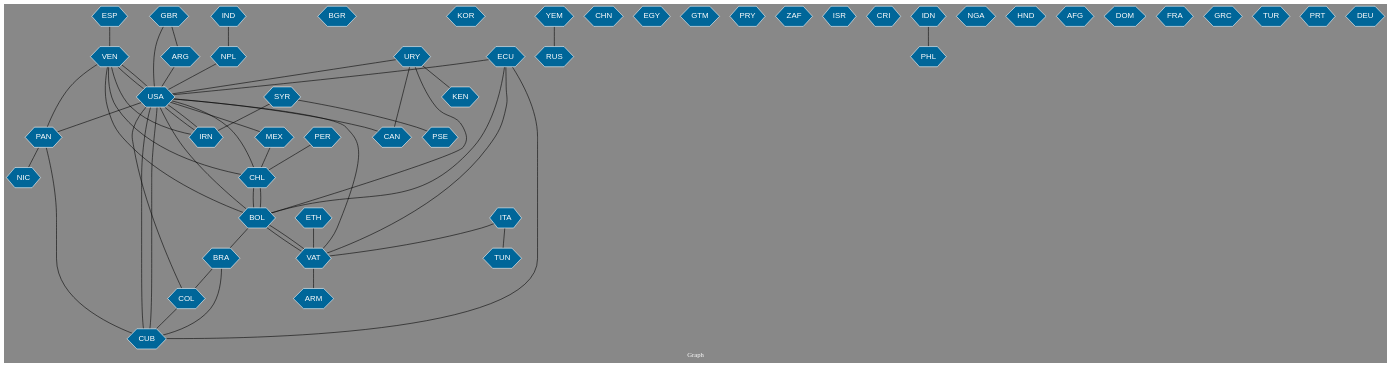
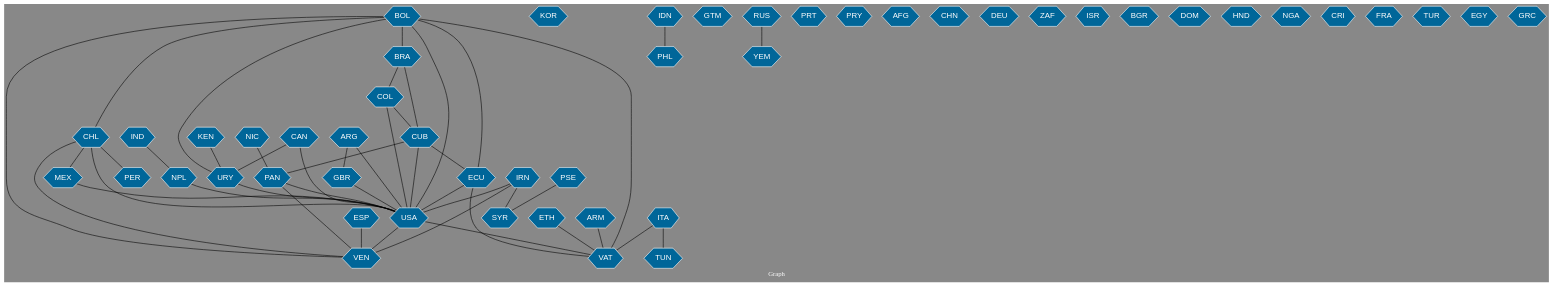
One commit to michal3141/geomedia changed the diagram in images/es_BOL_patria_int/countries_together_in_item_2015-04-01 00-00-00_2015-05-01 00-00-00.gv. Above: the diagram before and after it, drawn with Graphviz. The commit also changed 1286 other files, not shown here.

Commit message:
Fixing the way graphs are created

```diff
--- a/images/es_BOL_patria_int/countries_together_in_item_2015-04-01 00-00-00_2015-05-01 00-00-00.gv
+++ b/images/es_BOL_patria_int/countries_together_in_item_2015-04-01 00-00-00_2015-05-01 00-00-00.gv
@@ -1,107 +1,102 @@
 // Countries together in item graph
 graph {
 	graph [bgcolor="#888888" fontcolor=white fontsize=12 label="Graph" outputorder=edgesfirst overlap=prism]
 	node [color=white fillcolor="#006699" fontcolor=white fontname=Helvetica shape=hexagon style=filled]
 	edge [arrowhead=open color=black fontcolor=white fontname=Courier fontsize=12]
+		CUB [label=CUB]
+		USA [label=USA]
+		VEN [label=VEN]
+		NPL [label=NPL]
+		MEX [label=MEX]
+		PSE [label=PSE]
+		PER [label=PER]
+		BOL [label=BOL]
+		KOR [label=KOR]
+		BRA [label=BRA]
+		URY [label=URY]
+		COL [label=COL]
+		KEN [label=KEN]
+		CHL [label=CHL]
+		IDN [label=IDN]
+		PHL [label=PHL]
+		GTM [label=GTM]
+		ARG [label=ARG]
+		SYR [label=SYR]
+		IRN [label=IRN]
 		ESP [label=ESP]
-		BOL [label=BOL]
+		YEM [label=YEM]
+		PAN [label=PAN]
 		VAT [label=VAT]
-		MEX [label=MEX]
-		CHL [label=CHL]
-		SYR [label=SYR]
-		PSE [label=PSE]
-		BRA [label=BRA]
-		NPL [label=NPL]
+		PRT [label=PRT]
+		PRY [label=PRY]
+		AFG [label=AFG]
+		ITA [label=ITA]
+		CHN [label=CHN]
+		NIC [label=NIC]
+		ECU [label=ECU]
+		RUS [label=RUS]
+		DEU [label=DEU]
+		ZAF [label=ZAF]
+		ETH [label=ETH]
+		TUN [label=TUN]
+		ARM [label=ARM]
+		ISR [label=ISR]
+		GBR [label=GBR]
 		BGR [label=BGR]
-		COL [label=COL]
-		ITA [label=ITA]
-		KOR [label=KOR]
-		ECU [label=ECU]
-		USA [label=USA]
-		CUB [label=CUB]
-		PER [label=PER]
-		YEM [label=YEM]
-		RUS [label=RUS]
-		PAN [label=PAN]
-		IRN [label=IRN]
-		CHN [label=CHN]
-		EGY [label=EGY]
-		GTM [label=GTM]
-		VEN [label=VEN]
-		PRY [label=PRY]
-		ZAF [label=ZAF]
-		ARG [label=ARG]
-		ISR [label=ISR]
-		CRI [label=CRI]
-		IDN [label=IDN]
-		ETH [label=ETH]
-		URY [label=URY]
+		DOM [label=DOM]
+		HND [label=HND]
 		CAN [label=CAN]
 		NGA [label=NGA]
-		HND [label=HND]
-		GBR [label=GBR]
-		AFG [label=AFG]
-		DOM [label=DOM]
-		TUN [label=TUN]
-		KEN [label=KEN]
+		IND [label=IND]
+		CRI [label=CRI]
 		FRA [label=FRA]
-		PHL [label=PHL]
-		ARM [label=ARM]
+		TUR [label=TUR]
+		EGY [label=EGY]
 		GRC [label=GRC]
-		NIC [label=NIC]
-		TUR [label=TUR]
-		IND [label=IND]
-		PRT [label=PRT]
-		DEU [label=DEU]
-			URY -- CAN [weight=1]
 			ITA -- TUN [weight=1]
-			VEN -- USA [weight=3]
-			BOL -- BRA [weight=1]
-			USA -- CAN [weight=1]
+			CHL -- PER [weight=1]
+			BRA -- CUB [weight=1]
+			COL -- CUB [weight=1]
+			USA -- VAT [weight=1]
+			CUB -- PAN [weight=1]
+			ETH -- VAT [weight=1]
+			CAN -- USA [weight=1]
+			ARG -- USA [weight=1]
+			PSE -- SYR [weight=1]
+			URY -- USA [weight=1]
 			CHL -- USA [weight=1]
-			ETH -- VAT [weight=1]
-			YEM -- RUS [weight=1]
-			VAT -- ARM [weight=1]
-			VEN -- IRN [weight=1]
-			ARG -- USA [weight=1]
-			VAT -- USA [weight=1]
-			URY -- USA [weight=1]
-			USA -- COL [weight=1]
 			BOL -- VEN [weight=1]
-			URY -- BOL [weight=1]
 			ESP -- VEN [weight=3]
+			CAN -- URY [weight=1]
 			BRA -- COL [weight=1]
 			CHL -- VEN [weight=2]
-			PER -- CHL [weight=1]
-			VAT -- BOL [weight=1]
-			NPL -- USA [weight=1]
-			ECU -- CUB [weight=1]
-			PAN -- NIC [weight=1]
+			ARG -- GBR [weight=1]
+			KEN -- URY [weight=1]
+			CUB -- ECU [weight=1]
 			IDN -- PHL [weight=1]
 			GBR -- USA [weight=1]
-			VEN -- PAN [weight=1]
-			GBR -- ARG [weight=1]
-			USA -- MEX [weight=2]
+			MEX -- USA [weight=2]
+			IRN -- VEN [weight=1]
 			ITA -- VAT [weight=1]
-			USA -- CUB [weight=6]
-			USA -- PAN [weight=2]
-			URY -- KEN [weight=1]
-			MEX -- CHL [weight=1]
-			BOL -- CHL [weight=3]
-			USA -- VEN [weight=1]
-			IRN -- USA [weight=1]
-			CUB -- USA [weight=3]
-			ECU -- BOL [weight=1]
-			SYR -- PSE [weight=1]
-			COL -- CUB [weight=1]
-			CHL -- BOL [weight=1]
-			PAN -- CUB [weight=1]
-			BOL -- VAT [weight=2]
-			CUB -- BRA [weight=1]
+			BOL -- BRA [weight=1]
+			BOL -- URY [weight=1]
+			CHL -- MEX [weight=1]
+			NIC -- PAN [weight=1]
+			USA -- VEN [weight=4]
+			IRN -- USA [weight=2]
+			CUB -- USA [weight=9]
+			BOL -- ECU [weight=1]
+			PAN -- USA [weight=2]
+			COL -- USA [weight=1]
+			BOL -- CHL [weight=4]
+			RUS -- YEM [weight=1]
+			ARM -- VAT [weight=1]
+			IRN -- SYR [weight=1]
+			BOL -- VAT [weight=3]
 			ECU -- USA [weight=1]
-			SYR -- IRN [weight=1]
+			NPL -- USA [weight=1]
 			BOL -- USA [weight=2]
-			USA -- IRN [weight=1]
 			IND -- NPL [weight=1]
 			ECU -- VAT [weight=1]
+			PAN -- VEN [weight=1]
 }
```
